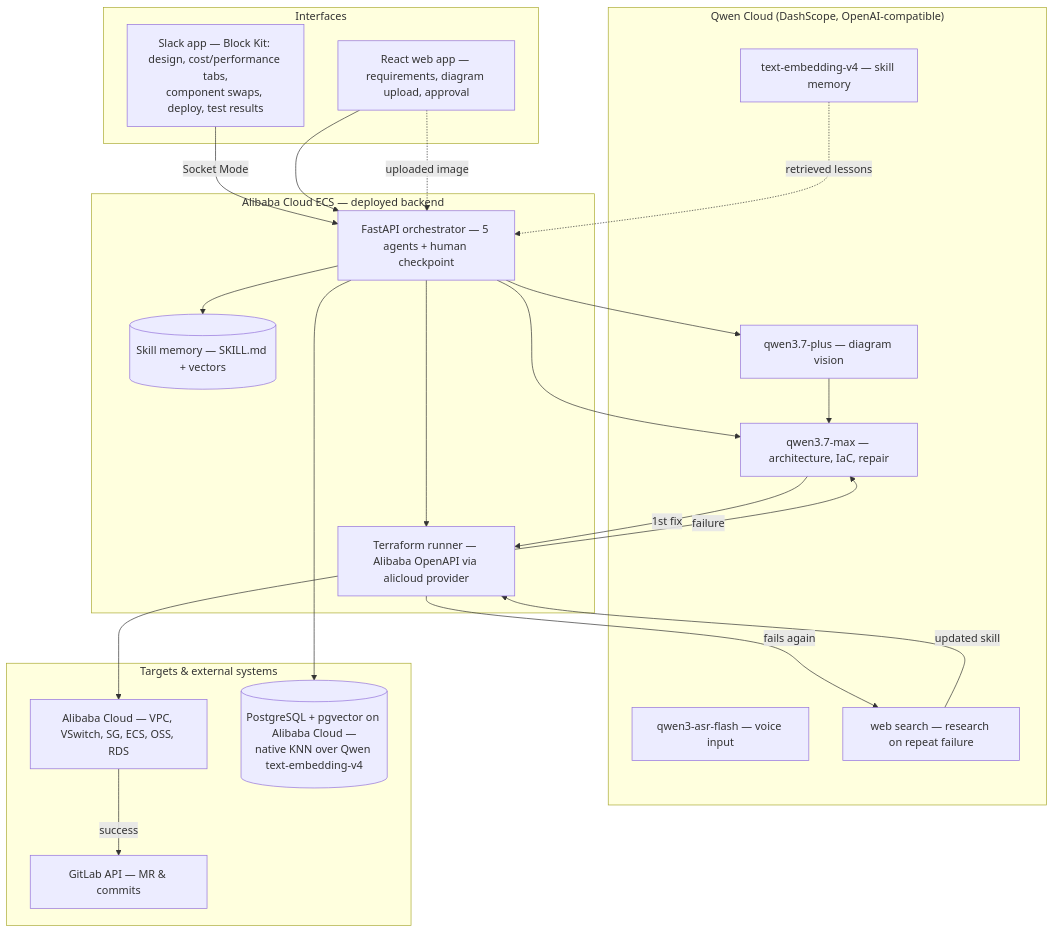
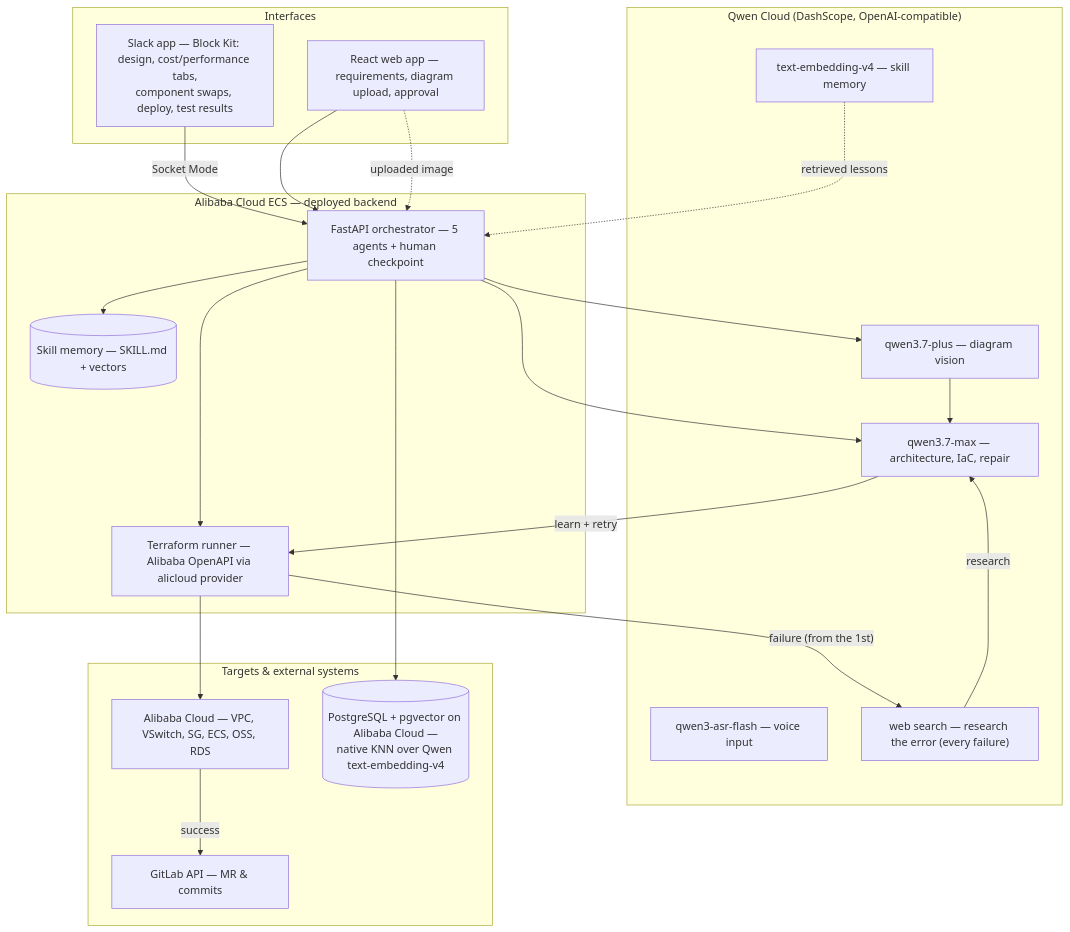
One commit to EimisPachecoHacks/slack-sky-launchpad-ATX changed the diagram in README.md. Above: the diagram before and after it, drawn with Mermaid. The commit also changed other lines of this file and 3 other files, not shown here.

First line of the commit message:
docs: web research runs on the FIRST failure — fix diagram + all descriptions

````diff
--- a/README.md
+++ b/README.md
@@ -90,37 +91,36 @@
 ```mermaid
 flowchart TB
   subgraph clients["Interfaces"]
     S["Slack app — Block Kit: design, cost/performance tabs,<br/>component swaps, deploy, test results"]
     A[React web app — requirements, diagram upload, approval]
   end
   subgraph alibaba["Alibaba Cloud ECS — deployed backend"]
     API[FastAPI orchestrator — 5 agents + human checkpoint]
     T[Terraform runner — Alibaba OpenAPI via alicloud provider]
     M[(Skill memory — SKILL.md + vectors)]
   end
   subgraph qwen["Qwen Cloud (DashScope, OpenAI-compatible)"]
     B["qwen3.7-max — architecture, IaC, repair"]
     Vz["qwen3.7-plus — diagram vision"]
     V["text-embedding-v4 — skill memory"]
     ASR["qwen3-asr-flash — voice input"]
-    WS["web search — research on repeat failure"]
+    WS["web search — research the error (every failure)"]
   end
   subgraph run["Targets & external systems"]
     C[Alibaba Cloud — VPC, VSwitch, SG, ECS, OSS, RDS]
     DB[(PostgreSQL + pgvector on Alibaba Cloud —<br/>native KNN over Qwen text-embedding-v4)]
     E[GitLab API — MR & commits]
   end
   S -->|Socket Mode| API
   A --> API
   API --> B
   A -. "uploaded image" .-> API --> Vz --> B
   V -. "retrieved lessons" .-> API
   API --> T --> C
   API --> DB
   API --> M
   C -->|success| E
-  T -->|"failure"| B
-  B -->|"1st fix"| T
-  T -->|"fails again"| WS
-  WS -->|"updated skill"| T
+  T -->|"failure (from the 1st)"| WS
+  WS -->|"research"| B
+  B -->|"learn + retry"| T
 ```
````
